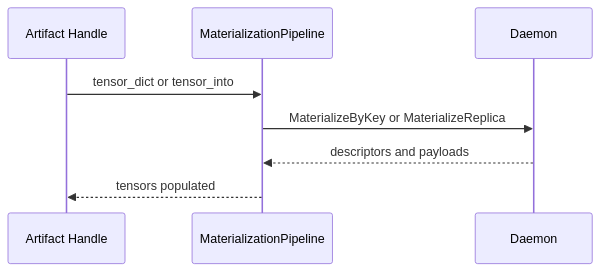
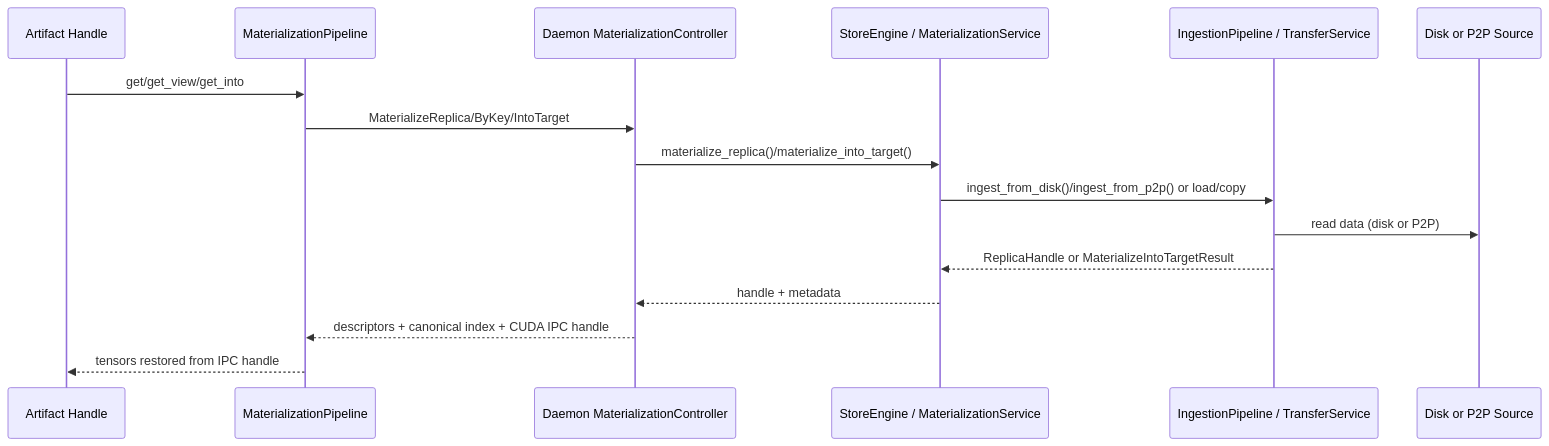
The diagram in docs/architecture/api/materialization-flow.md (tensorcast-ai/tensorcast), drawn with Mermaid before and after one commit. The commit also changed other lines of this file and 8 other files, not shown here.

Commit message:
feat(materialization): enhance disk metadata handling

````diff
--- a/docs/architecture/api/materialization-flow.md
+++ b/docs/architecture/api/materialization-flow.md
@@ -161,11 +45,19 @@
 ```mermaid
 sequenceDiagram
   participant H as Artifact Handle
   participant SDK as MaterializationPipeline
-  participant DM as Daemon
+  participant DM as Daemon MaterializationController
+  participant SE as StoreEngine / MaterializationService
+  participant PL as IngestionPipeline / TransferService
+  participant SRC as Disk or P2P Source
 
-  H->>SDK: tensor_dict or tensor_into
-  SDK->>DM: MaterializeByKey or MaterializeReplica
-  DM-->>SDK: descriptors and payloads
-  SDK-->>H: tensors populated
+  H->>SDK: get/get_view/get_into
+  SDK->>DM: MaterializeReplica/ByKey/IntoTarget
+  DM->>SE: materialize_replica()/materialize_into_target()
+  SE->>PL: ingest_from_disk()/ingest_from_p2p() or load/copy
+  PL->>SRC: read data (disk or P2P)
+  PL-->>SE: ReplicaHandle or MaterializeIntoTargetResult
+  SE-->>DM: handle + metadata
+  DM-->>SDK: descriptors + canonical index + CUDA IPC handle
+  SDK-->>H: tensors restored from IPC handle
 ```
````
